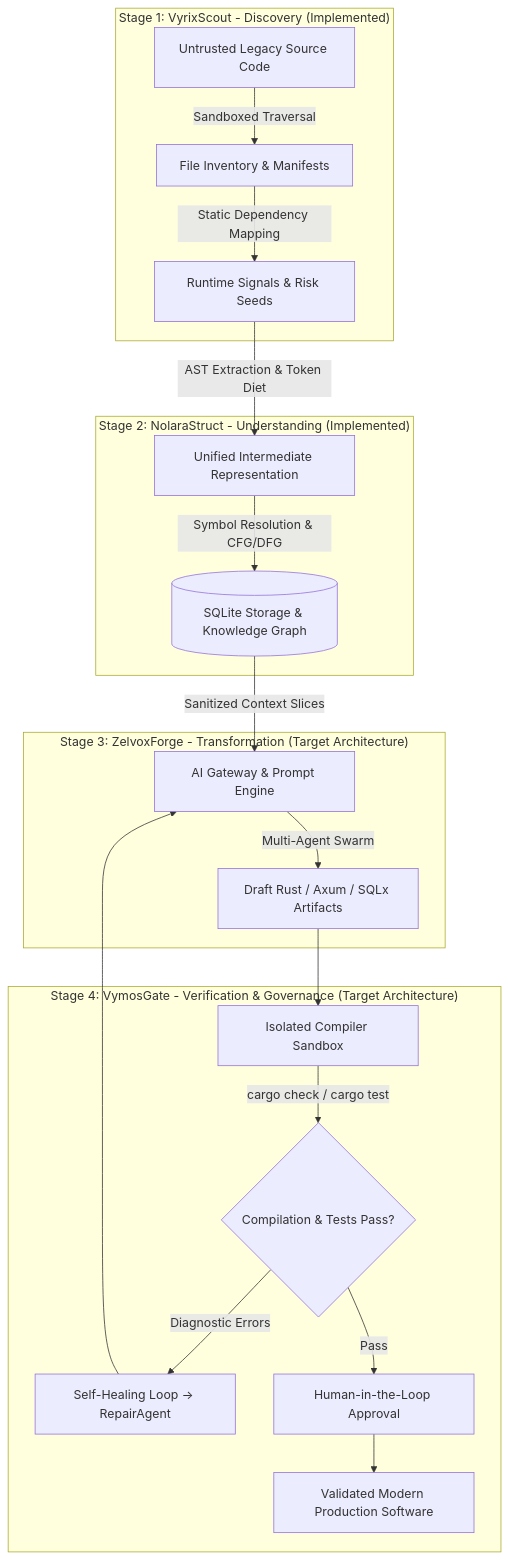
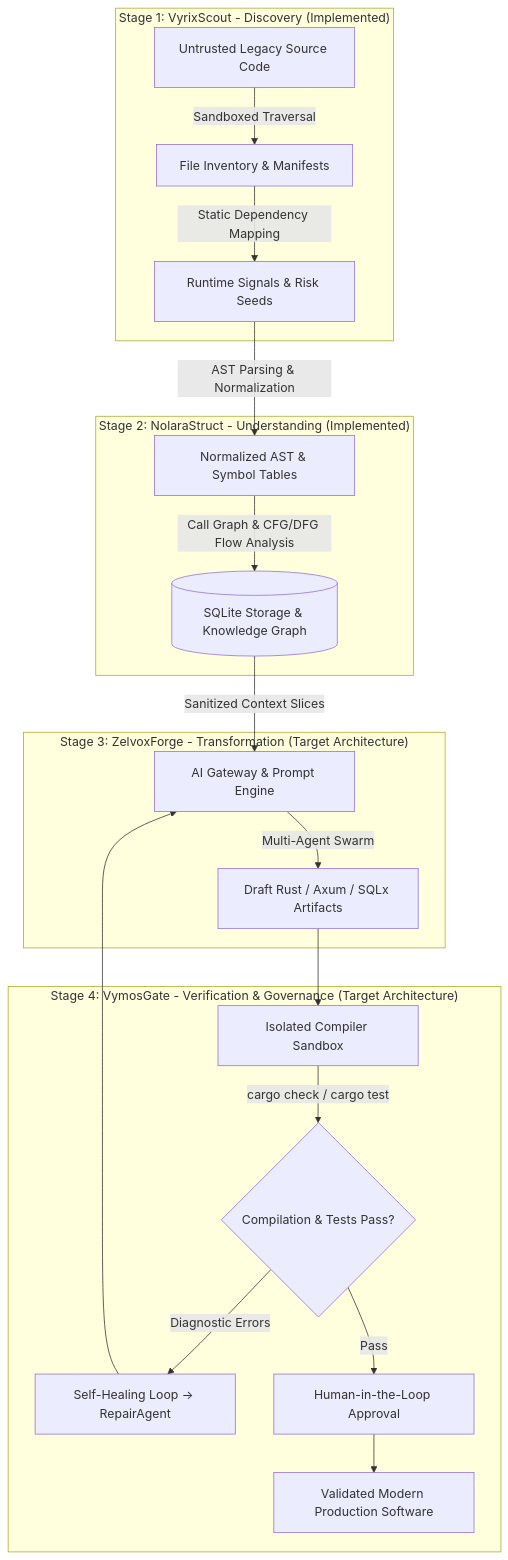
Before and after one commit to raitaskeen/LegacyExodus: the first of 6 diagrams in README.md, drawn with Mermaid. The commit also changed other lines of this file and 11 other files, not shown here.

First line of the commit message:
docs(architecture): reconcile documentation with current implementation

````diff
--- a/README.md
+++ b/README.md
@@ -57,26 +57,26 @@
 ```mermaid
 flowchart TD
     subgraph Stage1 ["Stage 1: VyrixScout - Discovery (Implemented)"]
         A["Untrusted Legacy Source Code"] -->|Sandboxed Traversal| B["File Inventory & Manifests"]
         B -->|Static Dependency Mapping| C["Runtime Signals & Risk Seeds"]
     end
 
     subgraph Stage2 ["Stage 2: NolaraStruct - Understanding (Implemented)"]
-        C -->|AST Extraction & Token Diet| D["Unified Intermediate Representation"]
-        D -->|Symbol Resolution & CFG/DFG| E[("SQLite Storage & Knowledge Graph")]
+        C -->|AST Parsing & Normalization| D["Normalized AST & Symbol Tables"]
+        D -->|Call Graph & CFG/DFG Flow Analysis| E[("SQLite Storage & Knowledge Graph")]
     end
 
     subgraph Stage3 ["Stage 3: ZelvoxForge - Transformation (Target Architecture)"]
         E -->|Sanitized Context Slices| F["AI Gateway & Prompt Engine"]
         F -->|Multi-Agent Swarm| G["Draft Rust / Axum / SQLx Artifacts"]
     end
 
     subgraph Stage4 ["Stage 4: VymosGate - Verification & Governance (Target Architecture)"]
         G --> H["Isolated Compiler Sandbox"]
         H -->|cargo check / cargo test| I{"Compilation & Tests Pass?"}
         I -->|Diagnostic Errors| J["Self-Healing Loop -> RepairAgent"]
         J --> F
         I -->|Pass| K["Human-in-the-Loop Approval"]
         K --> L["Validated Modern Production Software"]
     end
 ```
````
